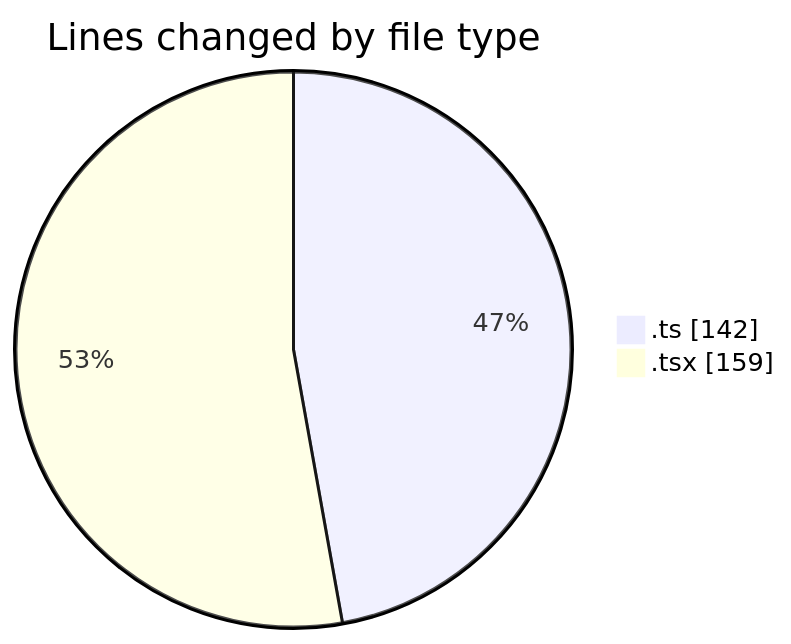
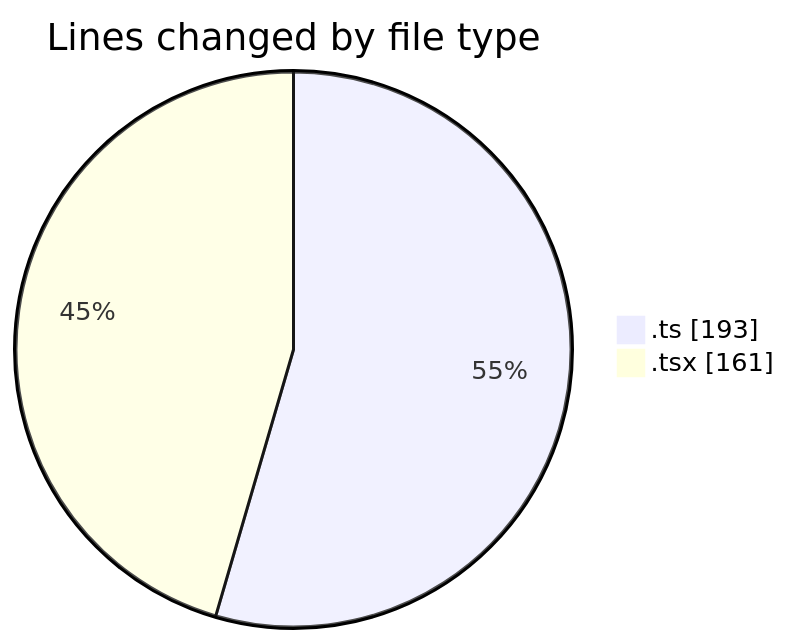
One commit to julien-gomy/code-tracking changed the first of 2 diagrams in 2025-10-28/eventscop-frontend-guide__workspace_/README.md. Above: the diagram before and after it, drawn with Mermaid. The commit also changed other lines of this file and 1 other file, not shown here.

````diff
--- a/2025-10-28/eventscop-frontend-guide__workspace_/README.md
+++ b/2025-10-28/eventscop-frontend-guide__workspace_/README.md
@@ -26,6 +27,6 @@
 ```mermaid
 pie showData
 title Lines changed by file type
-".ts" : 142
-".tsx" : 159
+".ts" : 193
+".tsx" : 161
 ```
````
